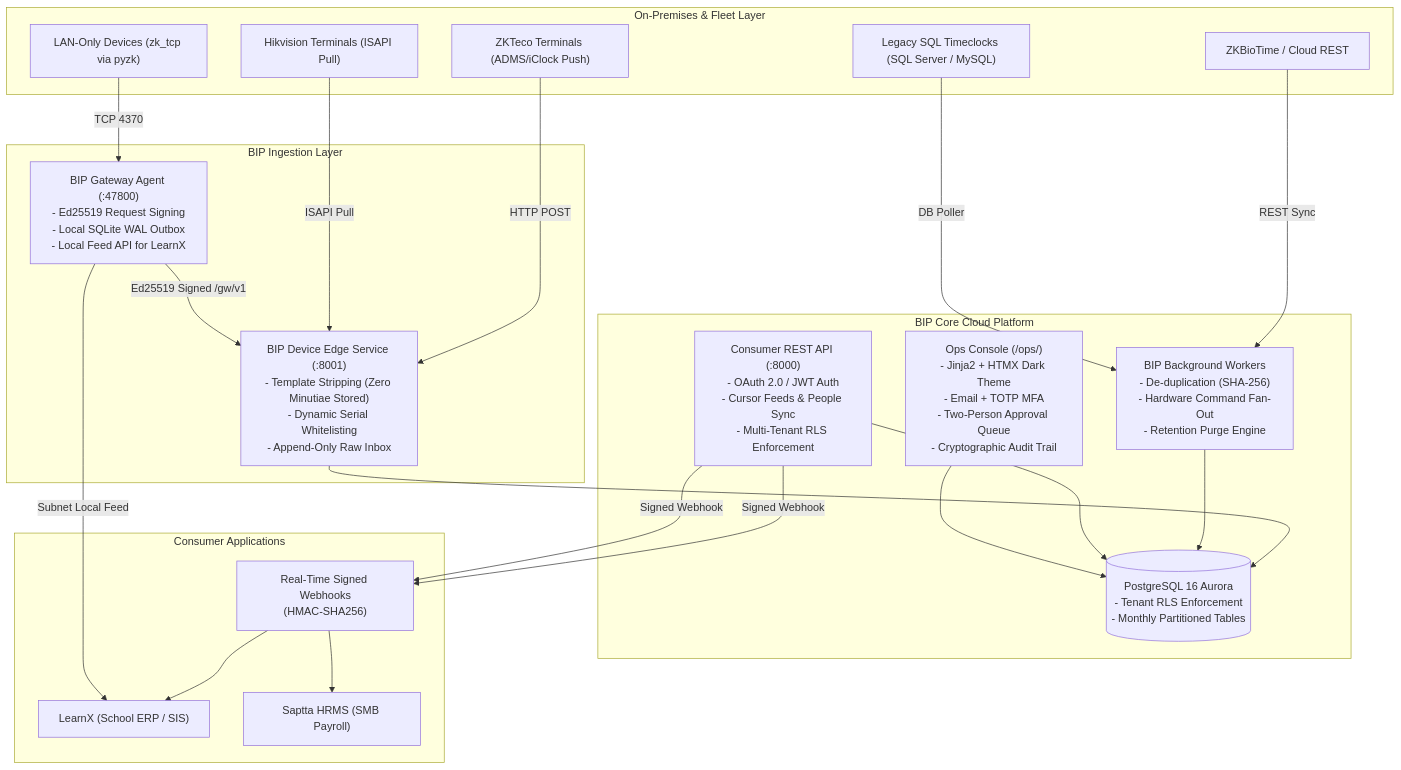
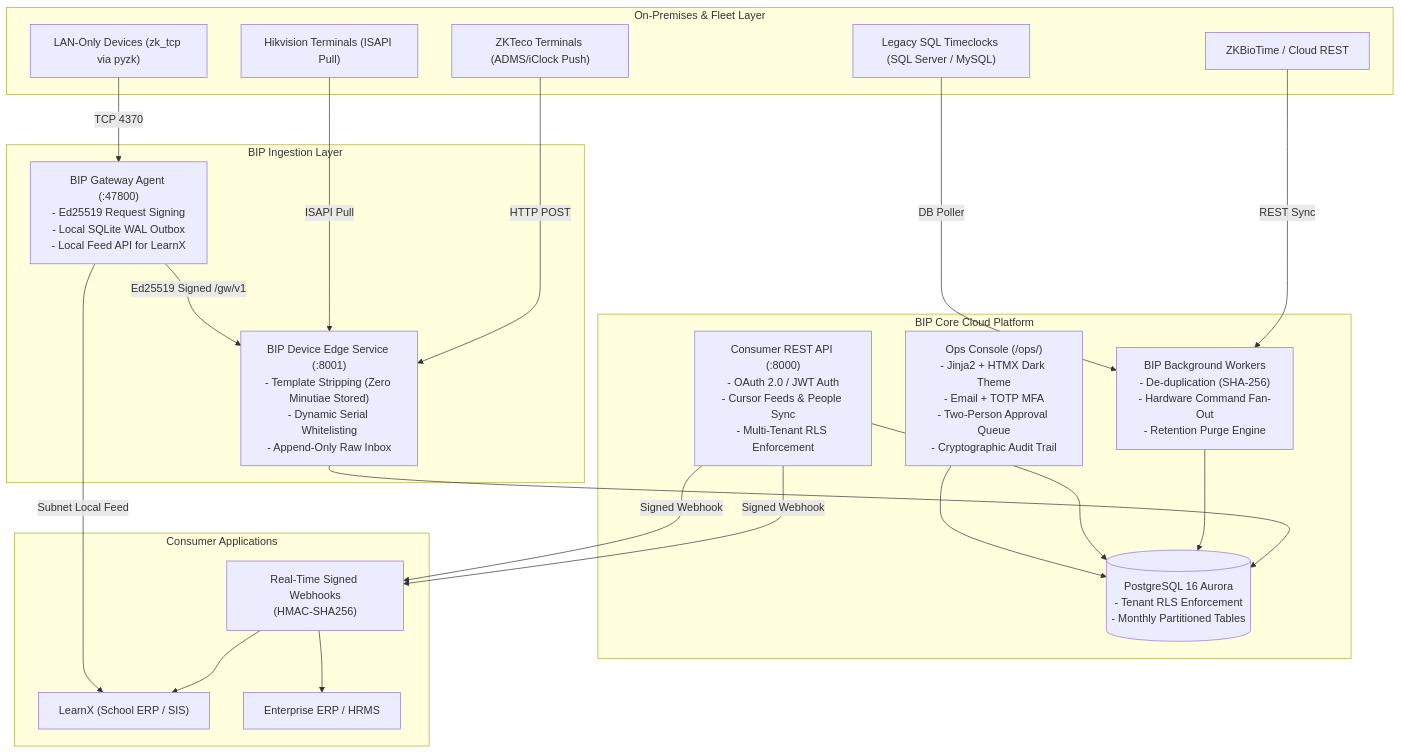
One commit to nutankumarkm/bip changed the diagram in README.md. Above: the diagram before and after it, drawn with Mermaid. The commit also changed other lines of this file and 11 other files, not shown here.

First line of the commit message:
chore: remove all references to Saptta HRMS

````diff
--- a/README.md
+++ b/README.md
@@ -5,44 +5,44 @@
 ```mermaid
 flowchart TD
     subgraph Hardware ["On-Premises & Fleet Layer"]
         Dev1["ZKTeco Terminals (ADMS/iClock Push)"]
         Dev2["Hikvision Terminals (ISAPI Pull)"]
         Dev3["ZKBioTime / Cloud REST"]
         Dev4["Legacy SQL Timeclocks (SQL Server / MySQL)"]
         Dev5["LAN-Only Devices (zk_tcp via pyzk)"]
     end
 
     subgraph Edge ["BIP Ingestion Layer"]
         BIPEdge["BIP Device Edge Service (:8001)\n- Template Stripping (Zero Minutiae Stored)\n- Dynamic Serial Whitelisting\n- Append-Only Raw Inbox"]
         Gateway["BIP Gateway Agent (:47800)\n- Ed25519 Request Signing\n- Local SQLite WAL Outbox\n- Local Feed API for LearnX"]
     end
 
     subgraph Core ["BIP Core Cloud Platform"]
         API["Consumer REST API (:8000)\n- OAuth 2.0 / JWT Auth\n- Cursor Feeds & People Sync\n- Multi-Tenant RLS Enforcement"]
         Ops["Ops Console (/ops/)\n- Jinja2 + HTMX Dark Theme\n- Email + TOTP MFA\n- Two-Person Approval Queue\n- Cryptographic Audit Trail"]
         Worker["BIP Background Workers\n- De-duplication (SHA-256)\n- Hardware Command Fan-Out\n- Retention Purge Engine"]
         DB[(PostgreSQL 16 Aurora\n- Tenant RLS Enforcement\n- Monthly Partitioned Tables)]
     end
 
     subgraph Consumers ["Consumer Applications"]
         LearnX["LearnX (School ERP / SIS)"]
-        Saptta["Saptta HRMS (SMB Payroll)"]
+        EnterpriseERP["Enterprise ERP / HRMS"]
         Webhooks["Real-Time Signed Webhooks\n(HMAC-SHA256)"]
     end
 
     Dev1 -->|HTTP POST| BIPEdge
     Dev2 -->|ISAPI Pull| BIPEdge
     Dev3 -->|REST Sync| Worker
     Dev4 -->|DB Poller| Worker
     Dev5 -->|TCP 4370| Gateway
     Gateway -->|Ed25519 Signed /gw/v1| BIPEdge
 
     BIPEdge --> DB
     Worker --> DB
     API --> DB
     Ops --> DB
 
     API -->|Signed Webhook| Webhooks --> LearnX
-    API -->|Signed Webhook| Webhooks --> Saptta
+    API -->|Signed Webhook| Webhooks --> EnterpriseERP
     Gateway -->|Subnet Local Feed| LearnX
 ```
````
